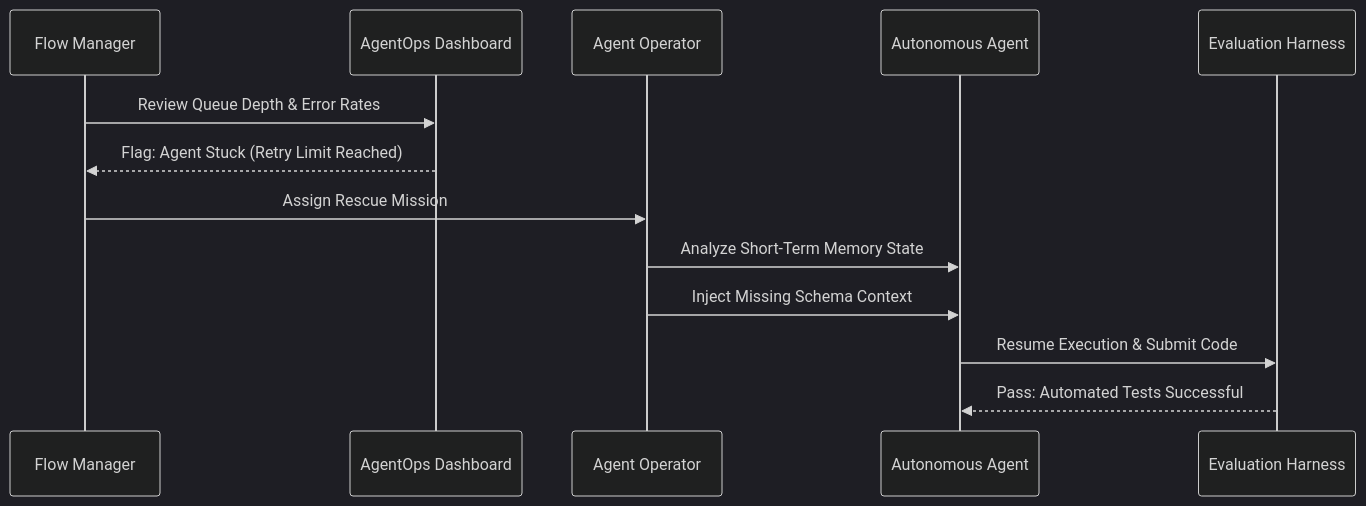
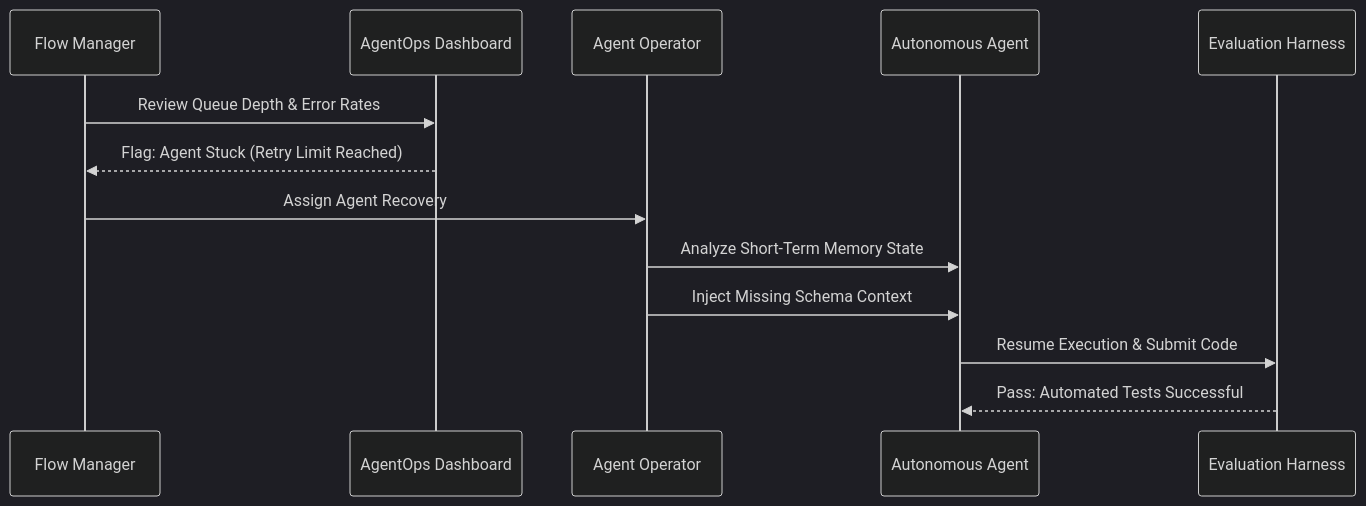
The diagram in operations/ceremonies.md (agentic-development/agentic-dev-handbook), drawn with Mermaid (dark theme) before and after one commit. The commit also changed other lines of this file and 32 other files, not shown here.

````diff
--- a/operations/ceremonies.md
+++ b/operations/ceremonies.md
@@ -179,15 +179,15 @@
 ```mermaid
 sequenceDiagram
     participant FlowMgr as Flow Manager
     participant Dashboard as AgentOps Dashboard
     participant Operator as Agent Operator
     participant Agent as Autonomous Agent
     participant Eval as Evaluation Harness
     FlowMgr->>Dashboard: Review Queue Depth & Error Rates
     Dashboard-->>FlowMgr: Flag: Agent Stuck (Retry Limit Reached)
-    FlowMgr->>Operator: Assign Rescue Mission
+    FlowMgr->>Operator: Assign Agent Recovery
     Operator->>Agent: Analyze Short-Term Memory State
     Operator->>Agent: Inject Missing Schema Context
     Agent->>Eval: Resume Execution & Submit Code
     Eval-->>Agent: Pass: Automated Tests Successful
 ```
````
